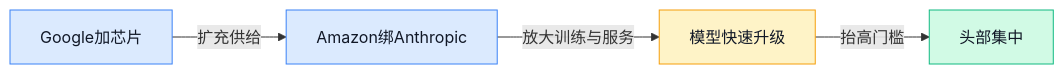
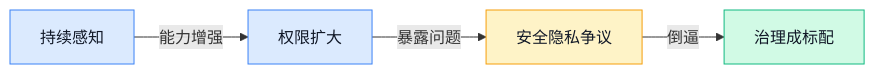
Before and after one commit to ylzsdafei/ai-daily-site: the third of 8 diagrams in content/cn/blog/weekly/2026-W17.md, drawn with Mermaid. The commit also changed other lines of this file and 1 other file, not shown here.

````diff
--- a/content/cn/blog/weekly/2026-W17.md
+++ b/content/cn/blog/weekly/2026-W17.md
@@ -82,10 +86,12 @@
 ```mermaid
 graph LR
-A[Google加芯片] -->|扩充供给| B[Amazon绑Anthropic] -->|放大训练与服务| C[模型快速升级] -->|抬高门槛| D[头部集中]
+A[持续感知] -->|能力增强| B[权限扩大]
+B -->|暴露问题| C[安全隐私争议]
+C -->|倒逼| D[治理成标配]
 classDef blue fill:#dbeafe,stroke:#3b82f6,color:#111827
 classDef yellow fill:#fef3c7,stroke:#f59e0b,color:#111827
 classDef green fill:#d1fae5,stroke:#10b981,color:#111827
 class A,B blue
 class C yellow
 class D green
 ```
````
